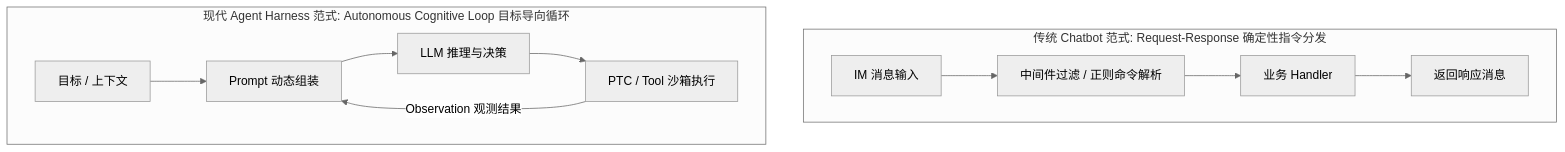
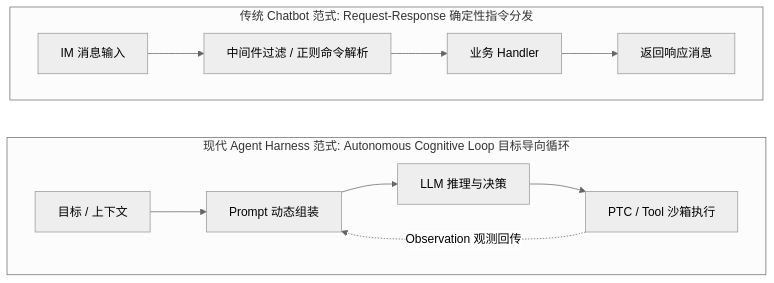
One commit to SXP-Simon/SXP-Simon.github.io changed the first of 5 diagrams in src/content/posts/plugin-architecture-evolution-koishi-astrbot-dsh.mdx. Above: the diagram before and after it, drawn with Mermaid (neutral theme). The commit also changed other lines of this file and 2 other files, not shown here.

Commit message:
feat(mermaid): optimize diagram layouts to vertical stacking and polish modern responsive styling

````diff
--- a/src/content/posts/plugin-architecture-evolution-koishi-astrbot-dsh.mdx
+++ b/src/content/posts/plugin-architecture-evolution-koishi-astrbot-dsh.mdx
@@ -43,13 +43,17 @@
 ```mermaid
 graph TD
     subgraph Traditional ["传统 Chatbot 范式: Request-Response 确定性指令分发"]
+        direction LR
         A["IM 消息输入"] --> B["中间件过滤 / 正则命令解析"] --> C["业务 Handler"] --> D["返回响应消息"]
     end
 
     subgraph Modern ["现代 Agent Harness 范式: Autonomous Cognitive Loop 目标导向循环"]
+        direction LR
         E["目标 / 上下文"] --> F["Prompt 动态组装"]
         F --> G["LLM 推理与决策"]
         G --> H["PTC / Tool 沙箱执行"]
-        H -->|"Observation 观测结果"| F
+        H -.->|"Observation 观测回传"| F
     end
+
+    Traditional ~~~ Modern
 ```
````
